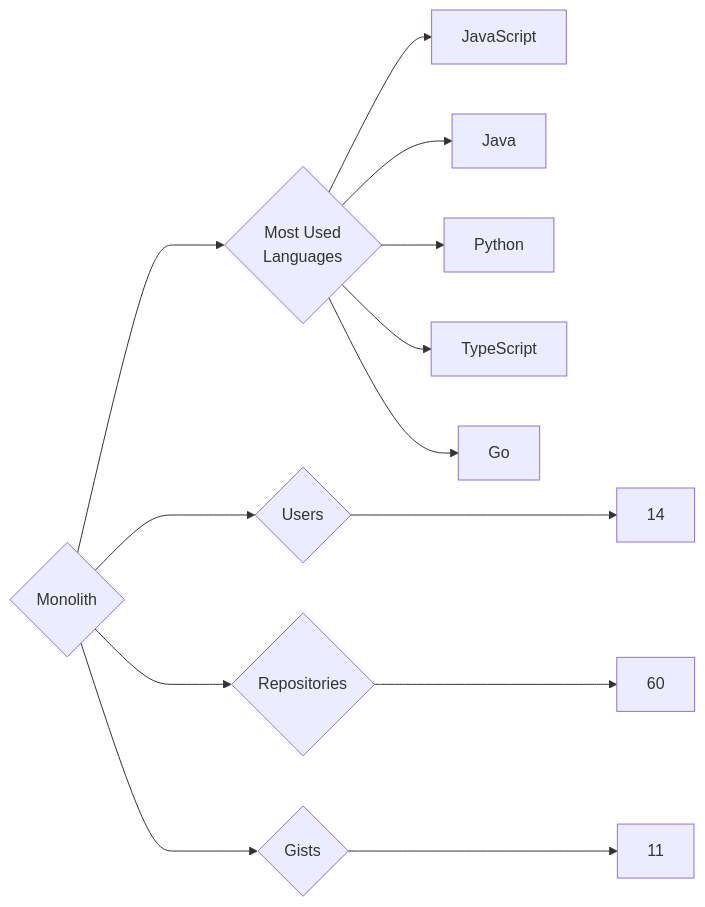
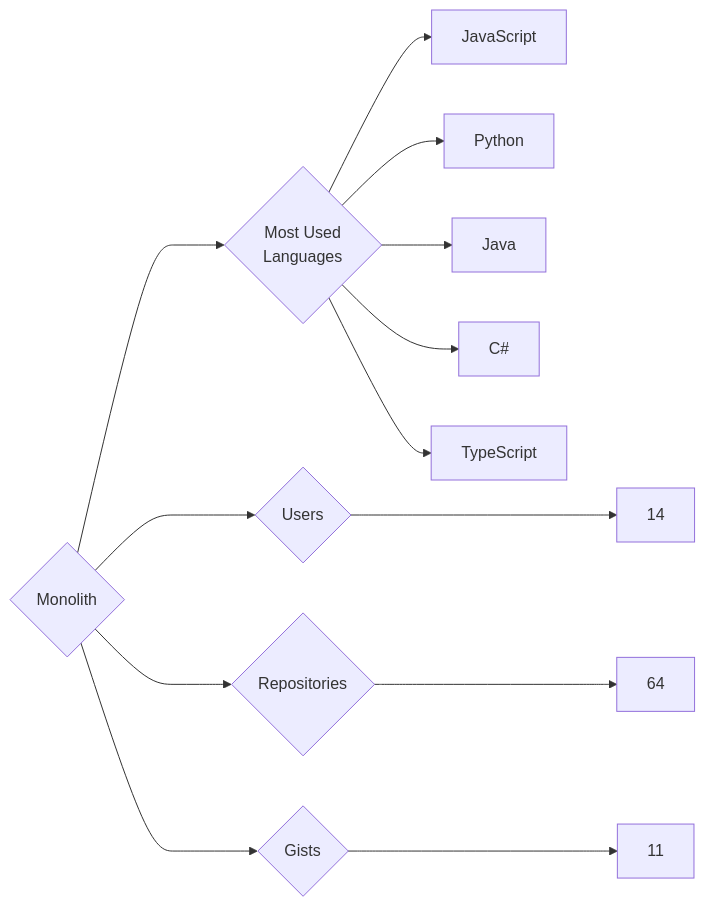
Before and after one commit to trickest/insiders: the diagram in targets/Monolith/README.md, drawn with Mermaid. The commit also changed 1011 other files, not shown here.

````diff
--- a/targets/Monolith/README.md
+++ b/targets/Monolith/README.md
@@ -3,13 +3,13 @@
 ```mermaid
 graph LR
 COMPANY_NAME{Monolith}
 COMPANY_NAME ---> U{Users} ---> UN[14]
-COMPANY_NAME ---> R{Repositories} ---> RN[60]
+COMPANY_NAME ---> R{Repositories} ---> RN[64]
 COMPANY_NAME ---> G{Gists} ---> GN[11]
 COMPANY_NAME ---> ML{Most Used<br>Languages}
 ML --> JavaScript[JavaScript]
+ML --> Python[Python]
 ML --> Java[Java]
-ML --> Python[Python]
+ML --> C#[C#]
 ML --> TypeScript[TypeScript]
-ML --> Go[Go]
 ```
````
